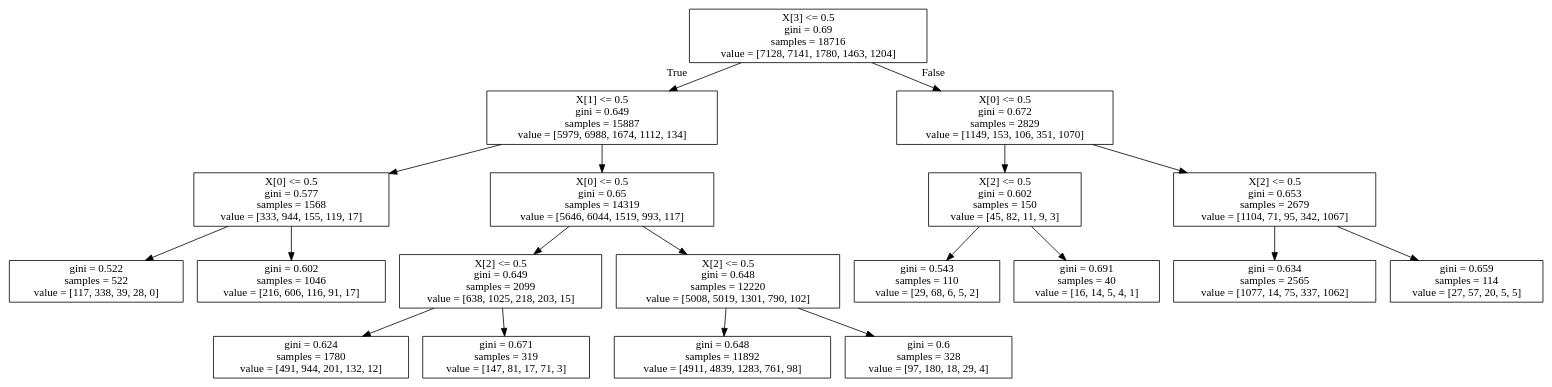
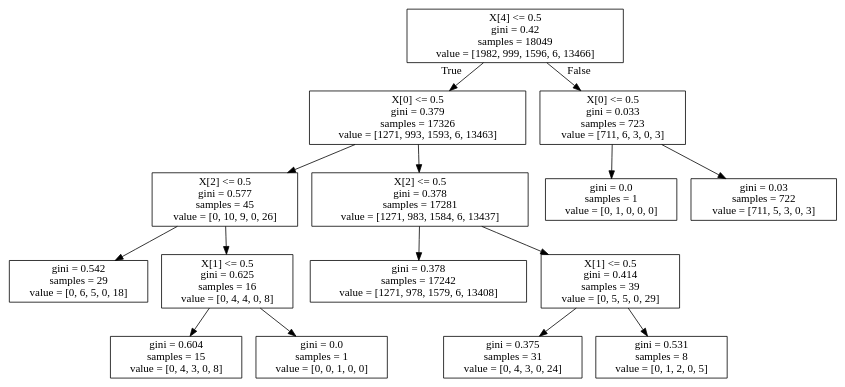
The diagram in data/karel/ppo/0000r1+env_task=topOff+max_depth=15+n_batch_rollou=10+max_samples=100000+max_iters=80+train_frac=0.8+is_reweight=False0.750.75/dt_policy.dot (jesbu1/viper), drawn with Graphviz before and after one commit. The commit also changed 60 other files, not shown here.

```diff
--- a/data/karel/ppo/0000r1+env_task=topOff+max_depth=15+n_batch_rollou=10+max_samples=100000+max_iters=80+train_frac=0.8+is_reweight=False0.750.75/dt_policy.dot
+++ b/data/karel/ppo/0000r1+env_task=topOff+max_depth=15+n_batch_rollou=10+max_samples=100000+max_iters=80+train_frac=0.8+is_reweight=False0.750.75/dt_policy.dot
@@ -1,40 +1,32 @@
 digraph Tree {
 node [shape=box] ;
-0 [label="X[3] <= 0.5\ngini = 0.69\nsamples = 18716\nvalue = [7128, 7141, 1780, 1463, 1204]"] ;
-1 [label="X[1] <= 0.5\ngini = 0.649\nsamples = 15887\nvalue = [5979, 6988, 1674, 1112, 134]"] ;
+0 [label="X[4] <= 0.5\ngini = 0.42\nsamples = 18049\nvalue = [1982, 999, 1596, 6, 13466]"] ;
+1 [label="X[0] <= 0.5\ngini = 0.379\nsamples = 17326\nvalue = [1271, 993, 1593, 6, 13463]"] ;
 0 -> 1 [labeldistance=2.5, labelangle=45, headlabel="True"] ;
-2 [label="X[0] <= 0.5\ngini = 0.577\nsamples = 1568\nvalue = [333, 944, 155, 119, 17]"] ;
+2 [label="X[2] <= 0.5\ngini = 0.577\nsamples = 45\nvalue = [0, 10, 9, 0, 26]"] ;
 1 -> 2 ;
-3 [label="gini = 0.522\nsamples = 522\nvalue = [117, 338, 39, 28, 0]"] ;
+3 [label="gini = 0.542\nsamples = 29\nvalue = [0, 6, 5, 0, 18]"] ;
 2 -> 3 ;
-4 [label="gini = 0.602\nsamples = 1046\nvalue = [216, 606, 116, 91, 17]"] ;
+4 [label="X[1] <= 0.5\ngini = 0.625\nsamples = 16\nvalue = [0, 4, 4, 0, 8]"] ;
 2 -> 4 ;
-5 [label="X[0] <= 0.5\ngini = 0.65\nsamples = 14319\nvalue = [5646, 6044, 1519, 993, 117]"] ;
-1 -> 5 ;
-6 [label="X[2] <= 0.5\ngini = 0.649\nsamples = 2099\nvalue = [638, 1025, 218, 203, 15]"] ;
-5 -> 6 ;
-7 [label="gini = 0.624\nsamples = 1780\nvalue = [491, 944, 201, 132, 12]"] ;
-6 -> 7 ;
-8 [label="gini = 0.671\nsamples = 319\nvalue = [147, 81, 17, 71, 3]"] ;
-6 -> 8 ;
-9 [label="X[2] <= 0.5\ngini = 0.648\nsamples = 12220\nvalue = [5008, 5019, 1301, 790, 102]"] ;
-5 -> 9 ;
-10 [label="gini = 0.648\nsamples = 11892\nvalue = [4911, 4839, 1283, 761, 98]"] ;
+5 [label="gini = 0.604\nsamples = 15\nvalue = [0, 4, 3, 0, 8]"] ;
+4 -> 5 ;
+6 [label="gini = 0.0\nsamples = 1\nvalue = [0, 0, 1, 0, 0]"] ;
+4 -> 6 ;
+7 [label="X[2] <= 0.5\ngini = 0.378\nsamples = 17281\nvalue = [1271, 983, 1584, 6, 13437]"] ;
+1 -> 7 ;
+8 [label="gini = 0.378\nsamples = 17242\nvalue = [1271, 978, 1579, 6, 13408]"] ;
+7 -> 8 ;
+9 [label="X[1] <= 0.5\ngini = 0.414\nsamples = 39\nvalue = [0, 5, 5, 0, 29]"] ;
+7 -> 9 ;
+10 [label="gini = 0.375\nsamples = 31\nvalue = [0, 4, 3, 0, 24]"] ;
 9 -> 10 ;
-11 [label="gini = 0.6\nsamples = 328\nvalue = [97, 180, 18, 29, 4]"] ;
+11 [label="gini = 0.531\nsamples = 8\nvalue = [0, 1, 2, 0, 5]"] ;
 9 -> 11 ;
-12 [label="X[0] <= 0.5\ngini = 0.672\nsamples = 2829\nvalue = [1149, 153, 106, 351, 1070]"] ;
+12 [label="X[0] <= 0.5\ngini = 0.033\nsamples = 723\nvalue = [711, 6, 3, 0, 3]"] ;
 0 -> 12 [labeldistance=2.5, labelangle=-45, headlabel="False"] ;
-13 [label="X[2] <= 0.5\ngini = 0.602\nsamples = 150\nvalue = [45, 82, 11, 9, 3]"] ;
+13 [label="gini = 0.0\nsamples = 1\nvalue = [0, 1, 0, 0, 0]"] ;
 12 -> 13 ;
-14 [label="gini = 0.543\nsamples = 110\nvalue = [29, 68, 6, 5, 2]"] ;
-13 -> 14 ;
-15 [label="gini = 0.691\nsamples = 40\nvalue = [16, 14, 5, 4, 1]"] ;
-13 -> 15 ;
-16 [label="X[2] <= 0.5\ngini = 0.653\nsamples = 2679\nvalue = [1104, 71, 95, 342, 1067]"] ;
-12 -> 16 ;
-17 [label="gini = 0.634\nsamples = 2565\nvalue = [1077, 14, 75, 337, 1062]"] ;
-16 -> 17 ;
-18 [label="gini = 0.659\nsamples = 114\nvalue = [27, 57, 20, 5, 5]"] ;
-16 -> 18 ;
+14 [label="gini = 0.03\nsamples = 722\nvalue = [711, 5, 3, 0, 3]"] ;
+12 -> 14 ;
 }
```
